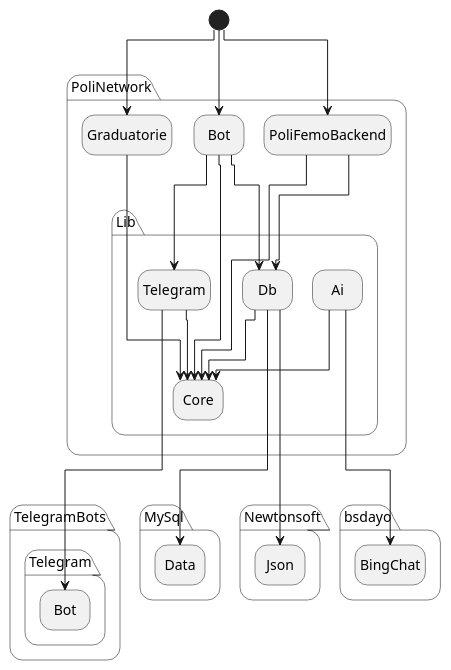
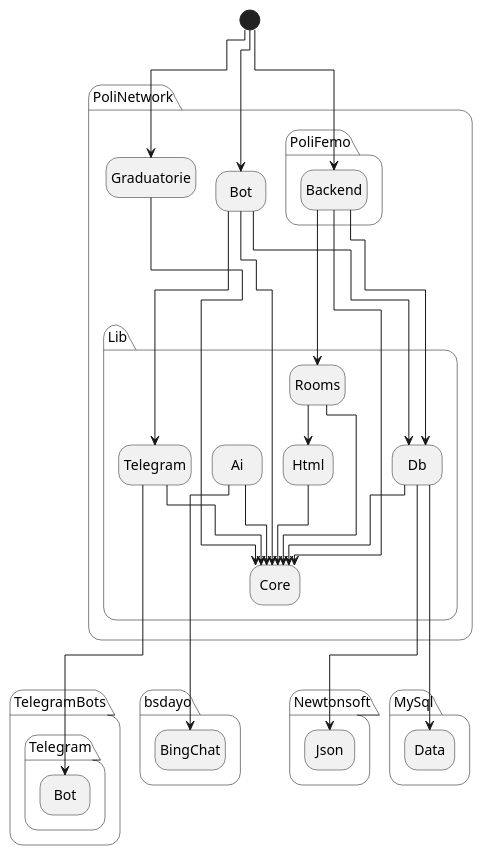
One commit to PoliNetworkOrg/Lib_CSharp changed the diagram in docs/dipendenze/schema.plantuml. Above: the diagram before and after it, drawn with PlantUML. The commit also changed 1 other file, not shown here.

Commit message:
new schema docs (#27)
* Update schema.plantuml

* Update schema.png
Conflicts:
	docs/dipendenze/schema.png

* Update schema.png
Conflicts:
	docs/dipendenze/schema.png

```diff
--- a/docs/dipendenze/schema.plantuml
+++ b/docs/dipendenze/schema.plantuml
@@ -1,26 +1,31 @@
 @startuml
 !pragma layout elk
 hide empty description
 
 [*] -down-> PoliNetwork.Graduatorie
 [*] -down-> PoliNetwork.Bot
-[*] -down-> PoliNetwork.PoliFemoBackend 
+[*] -down-> PoliNetwork.PoliFemo.Backend 
 
 
 PoliNetwork.Bot --> PoliNetwork.Lib.Db
 PoliNetwork.Bot --> PoliNetwork.Lib.Core
 PoliNetwork.Bot -> PoliNetwork.Lib.Telegram
 PoliNetwork.Graduatorie --> PoliNetwork.Lib.Core
-PoliNetwork.PoliFemoBackend --> PoliNetwork.Lib.Core
-PoliNetwork.PoliFemoBackend ---> PoliNetwork.Lib.Db
+
+PoliNetwork.PoliFemo.Backend --> PoliNetwork.Lib.Core
+PoliNetwork.PoliFemo.Backend ---> PoliNetwork.Lib.Db
+PoliNetwork.PoliFemo.Backend -> PoliNetwork.Lib.Rooms
 
 PoliNetwork.Lib.Ai -> PoliNetwork.Lib.Core
 PoliNetwork.Lib.Db -> PoliNetwork.Lib.Core
 PoliNetwork.Lib.Telegram -> PoliNetwork.Lib.Core
+PoliNetwork.Lib.Rooms -> PoliNetwork.Lib.Core
+PoliNetwork.Lib.Rooms -> PoliNetwork.Lib.Html
+PoliNetwork.Lib.Html -> PoliNetwork.Lib.Core
 
 PoliNetwork.Lib.Db --> Newtonsoft.Json
 PoliNetwork.Lib.Db --> MySql.Data
 PoliNetwork.Lib.Telegram --> TelegramBots.Telegram.Bot
 PoliNetwork.Lib.Ai -> bsdayo.BingChat
 
 @enduml
```
